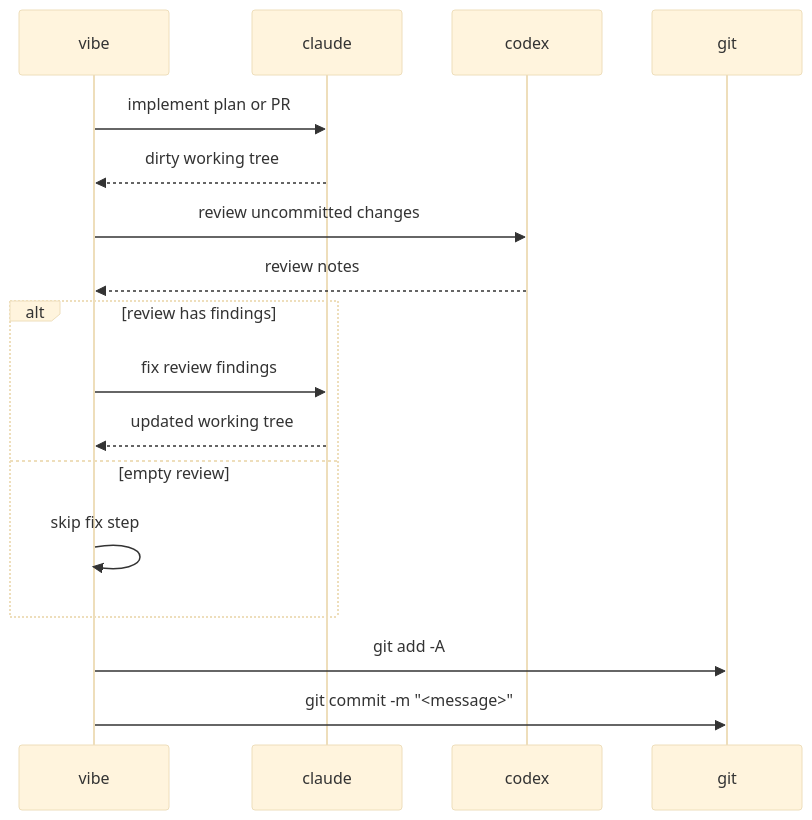
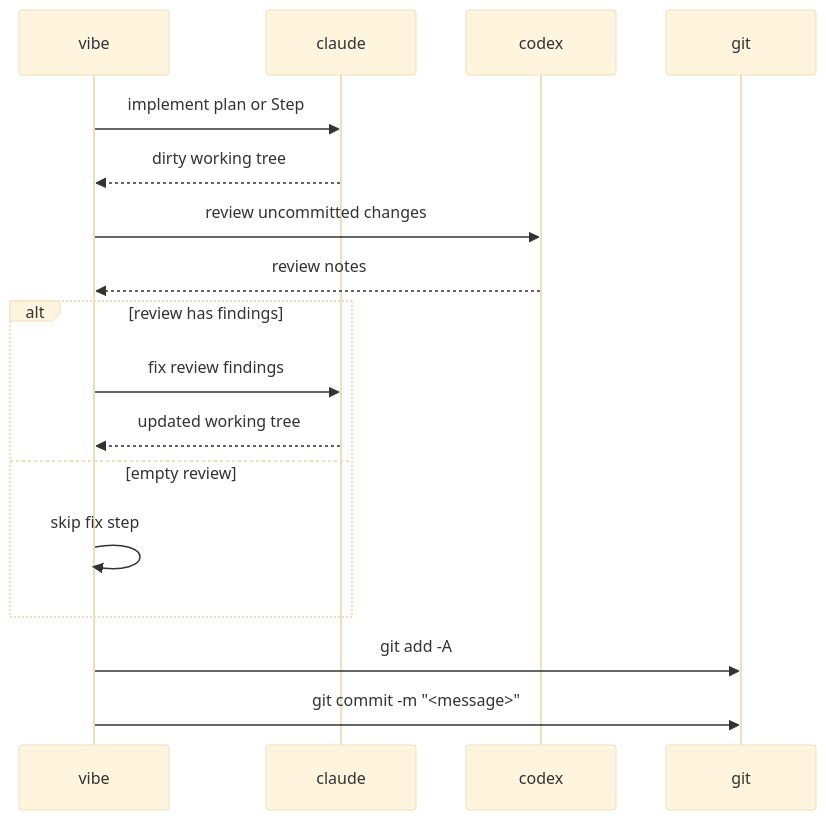
The third of 3 diagrams in README.md (ofux/lauren), drawn with Mermaid (base theme) before and after one commit. The commit also changed other lines of this file and 31 other files, not shown here.

````diff
--- a/README.md
+++ b/README.md
@@ -277,20 +277,20 @@
 ```mermaid
 sequenceDiagram
   participant V as vibe
   participant C as claude
   participant X as codex
   participant G as git
 
-  V->>C: implement plan or PR
+  V->>C: implement plan or Step
   C-->>V: dirty working tree
   V->>X: review uncommitted changes
   X-->>V: review notes
   alt review has findings
     V->>C: fix review findings
     C-->>V: updated working tree
   else empty review
     V->>V: skip fix step
   end
   V->>G: git add -A
   V->>G: git commit -m "<message>"
 ```
````
